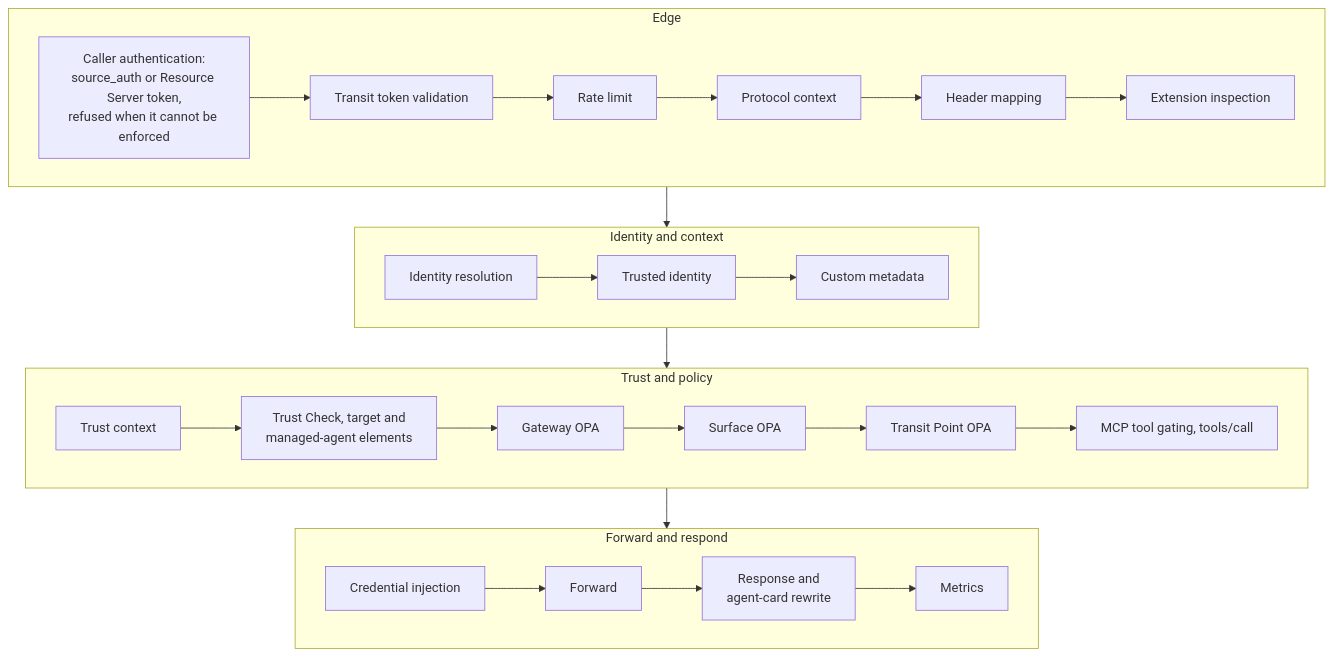
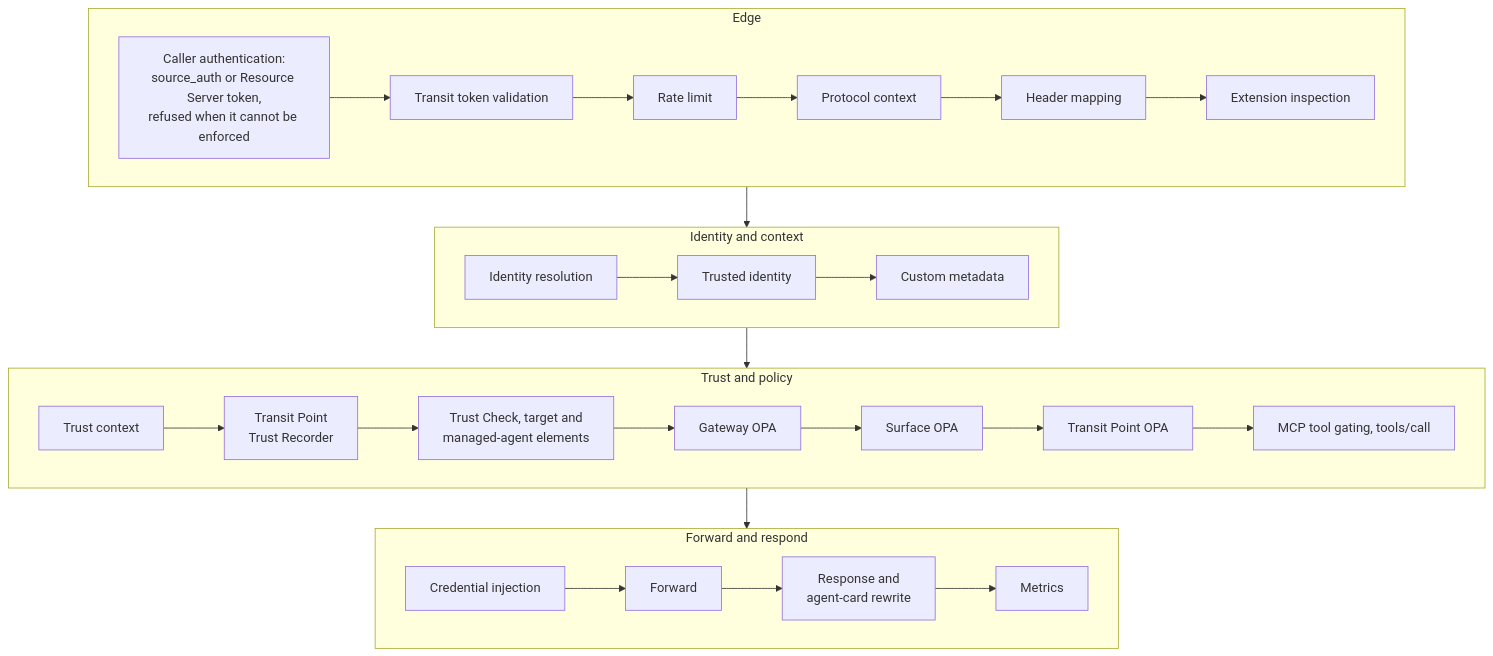
Before and after one commit to affinidi-ai/agent-gateway: the second of 4 diagrams in ARCHITECTURE.md, drawn with Mermaid. The commit also changed other lines of this file and 23 other files, not shown here.

First line of the commit message:
feat: record the managed agent calling out through a Transit Point

````diff
--- a/ARCHITECTURE.md
+++ b/ARCHITECTURE.md
@@ -187,20 +187,20 @@
 ```mermaid
 flowchart TB
     subgraph E["Edge"]
         direction LR
         AR["Caller authentication:<br/>source_auth or Resource Server token,<br/>refused when it cannot be enforced"] --> A0[Transit token validation] --> A2[Rate limit] --> A3[Protocol context] --> A4[Header mapping] --> A5[Extension inspection]
     end
     subgraph I["Identity and context"]
         direction LR
         B1[Identity resolution] --> B2[Trusted identity] --> B3[Custom metadata]
     end
     subgraph P["Trust and policy"]
         direction LR
-        C0[Trust context] --> C1["Trust Check, target and<br/>managed-agent elements"] --> C2[Gateway OPA] --> C3[Surface OPA] --> C4[Transit Point OPA] --> C5["MCP tool gating, tools/call"]
+        C0[Trust context] --> C0a["Transit Point<br/>Trust Recorder"] --> C1["Trust Check, target and<br/>managed-agent elements"] --> C2[Gateway OPA] --> C3[Surface OPA] --> C4[Transit Point OPA] --> C5["MCP tool gating, tools/call"]
     end
     subgraph F["Forward and respond"]
         direction LR
         D0[Credential injection] --> D1[Forward] --> D2["Response and<br/>agent-card rewrite"] --> D3[Metrics]
     end
     E --> I --> P --> F
 ```
````
